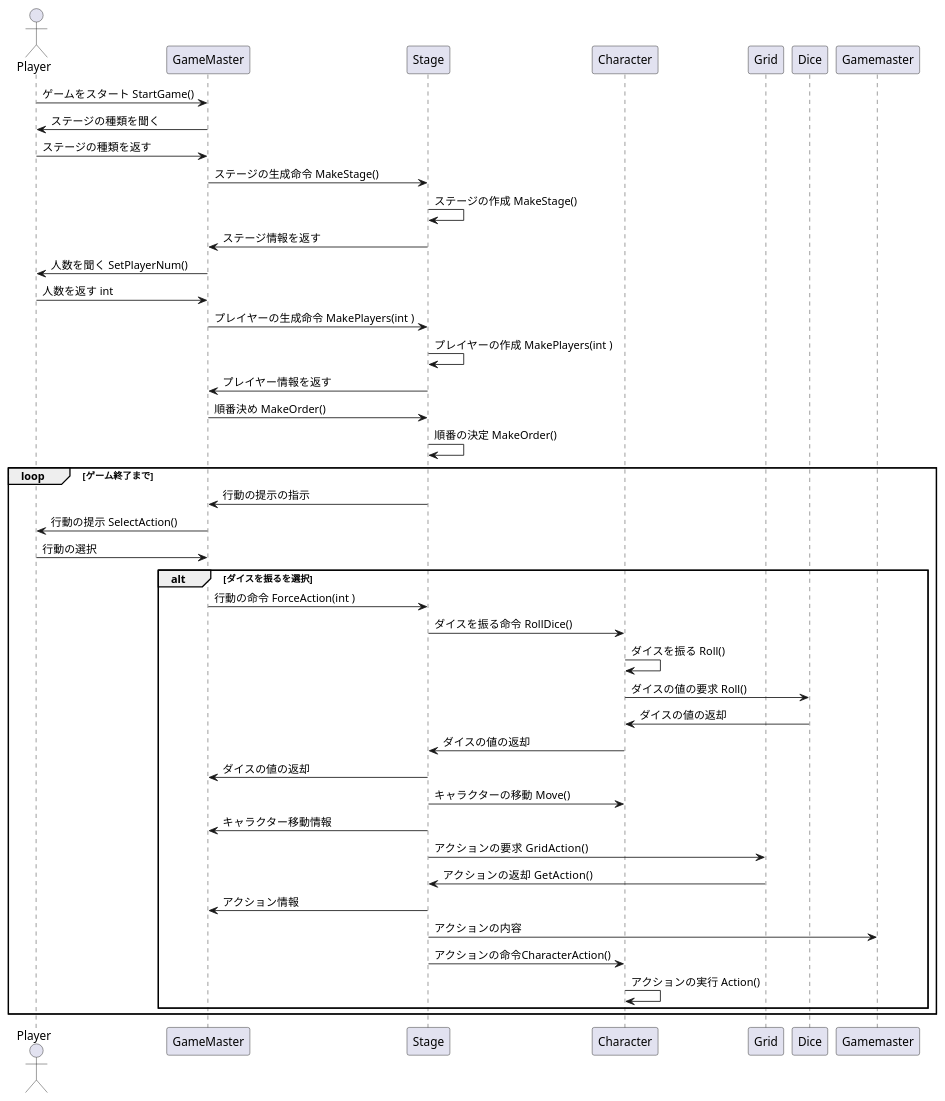
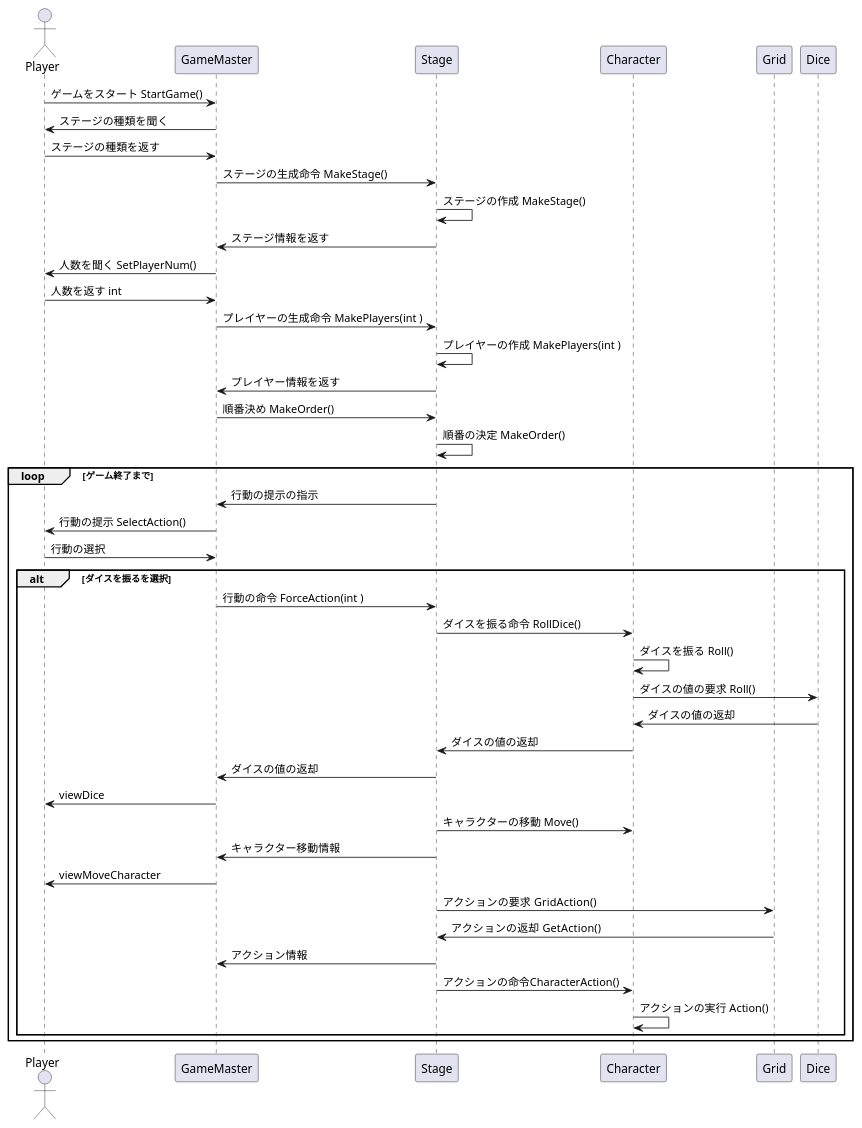
Before and after one commit to Hikaru-Tokuzato/-project: the diagram in すごろくproject/Assets/sugoroku.puml, drawn with PlantUML. The commit also changed 7 other files, not shown here.

```diff
--- a/すごろくproject/Assets/sugoroku.puml
+++ b/すごろくproject/Assets/sugoroku.puml
@@ -1,44 +1,45 @@
 @startuml
 actor Player
 participant GameMaster
 participant Stage
 participant Character
 participant Grid
 participant Dice
 
 Player -> GameMaster : ゲームをスタート StartGame()
 GameMaster -> Player: ステージの種類を聞く
 Player -> GameMaster: ステージの種類を返す
 GameMaster -> Stage : ステージの生成命令 MakeStage()
 Stage -> Stage : ステージの作成 MakeStage()
 Stage -> GameMaster : ステージ情報を返す
 GameMaster -> Player : 人数を聞く SetPlayerNum()
 Player -> GameMaster : 人数を返す int
 GameMaster -> Stage : プレイヤーの生成命令 MakePlayers(int )
 Stage -> Stage : プレイヤーの作成 MakePlayers(int )
 Stage -> GameMaster : プレイヤー情報を返す
 GameMaster -> Stage : 順番決め MakeOrder()
 Stage -> Stage : 順番の決定 MakeOrder()
 loop ゲーム終了まで
     GameMaster <- Stage : 行動の提示の指示 
     GameMaster -> Player : 行動の提示 SelectAction()
     Player -> GameMaster : 行動の選択
     alt ダイスを振るを選択
         GameMaster -> Stage : 行動の命令 ForceAction(int ) 
         Stage -> Character : ダイスを振る命令 RollDice()
         Character -> Character : ダイスを振る Roll()
         Character -> Dice : ダイスの値の要求 Roll()
         Dice -> Character : ダイスの値の返却
         Character -> Stage : ダイスの値の返却
         Stage -> GameMaster : ダイスの値の返却
+        GameMaster -> Player : viewDice
         Stage -> Character : キャラクターの移動 Move()
         Stage -> GameMaster : キャラクター移動情報
+        GameMaster -> Player : viewMoveCharacter
         Stage -> Grid : アクションの要求  GridAction()
         Grid -> Stage : アクションの返却  GetAction()
         Stage -> GameMaster : アクション情報
-        Stage -> Gamemaster : アクションの内容
         Stage -> Character : アクションの命令CharacterAction()
         Character -> Character : アクションの実行 Action()
     end
 end
 @enduml
```
